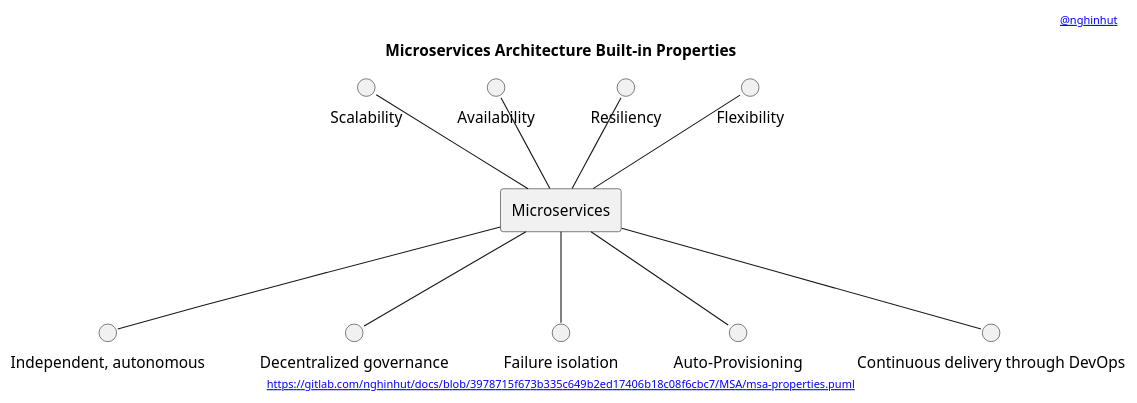
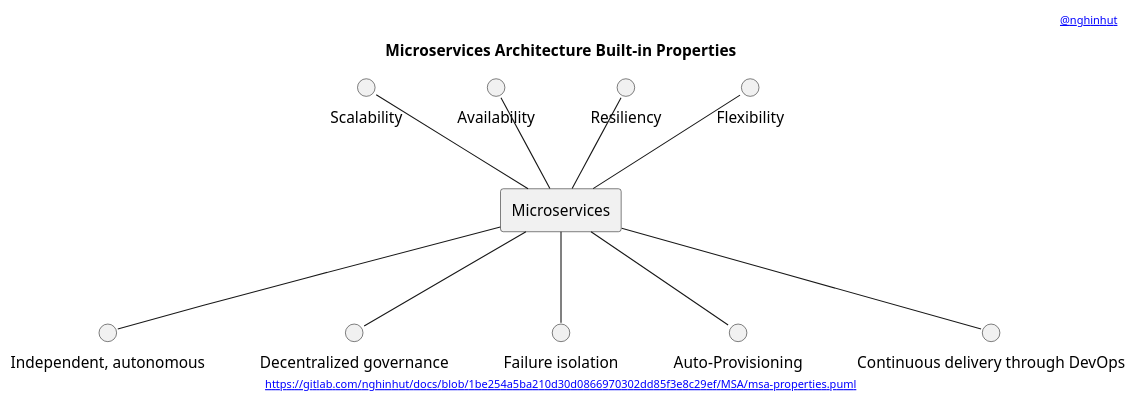
The diagram in MSA/msa-properties.puml (nghinhut/docs), drawn with PlantUML before and after one commit. The commit also changed 22 other files, not shown here.

Commit message:
Update diagrams

```diff
--- a/MSA/msa-properties.puml
+++ b/MSA/msa-properties.puml
@@ -1,31 +1,31 @@
 @startuml
 '-----START auto generated metadata please keep comment here to allow auto update-----
 '-----DON'T EDIT THIS SECTION, INSTEAD RE-RUN prebuild.sh TO UPDATE-----
-header [[https://www.nghinhut.dev?from=http%5C%3A%5C%2F%5C%2Fwww%5C.plantuml%5C.com%5C%2Fplantuml%5C%2Fproxy%3Ffmt%3Dsvg%5C%26src%3Dhttps%5C%3A%5C%2F%5C%2Fgitlab%5C.com%5C%2Fnghinhut%5C%2Fdocs%5C%2Fraw%5C%2F3978715f673b335c649b2ed17406b18c08f6cbc7%5C%2FMSA%5C%2Fmsa-properties%5C.puml%0A @nghinhut]]
-footer [[http://www.plantuml.com/plantuml/proxy?fmt=svg&src=https://gitlab.com/nghinhut/docs/raw/3978715f673b335c649b2ed17406b18c08f6cbc7/MSA/msa-properties.puml https://gitlab.com/nghinhut/docs/blob/3978715f673b335c649b2ed17406b18c08f6cbc7/MSA/msa-properties.puml]]
+header [[https://www.nghinhut.dev?from=http%5C%3A%5C%2F%5C%2Fwww%5C.plantuml%5C.com%5C%2Fplantuml%5C%2Fproxy%3Ffmt%3Dsvg%5C%26src%3Dhttps%5C%3A%5C%2F%5C%2Fgitlab%5C.com%5C%2Fnghinhut%5C%2Fdocs%5C%2Fraw%5C%2F1be254a5ba210d30d0866970302dd85f3e8c29ef%5C%2FMSA%5C%2Fmsa-properties%5C.puml%0A @nghinhut]]
+footer [[http://www.plantuml.com/plantuml/proxy?fmt=svg&src=https://gitlab.com/nghinhut/docs/raw/1be254a5ba210d30d0866970302dd85f3e8c29ef/MSA/msa-properties.puml https://gitlab.com/nghinhut/docs/blob/1be254a5ba210d30d0866970302dd85f3e8c29ef/MSA/msa-properties.puml]]
 '-----END auto generated metadata please keep comment here to allow auto update-----
 title Microservices Architecture Built-in Properties
 
 rectangle "Microservices" as msa
 
 circle "Scalability" as scalability
 circle "Availability" as availability
 circle "Resiliency" as resiliency
 circle "Flexibility" as flexibility
 circle "Independent, autonomous" as independent_autonomous
 circle "Decentralized governance" as decentralized_governance
 circle "Failure isolation" as failure_isolation
 circle "Auto-Provisioning" as auto_provisioning
 circle "Continuous delivery through DevOps" as cd
 
 scalability -- msa
 availability -- msa
 resiliency -- msa
 flexibility -- msa
 msa -- independent_autonomous
 msa -- decentralized_governance
 msa -- failure_isolation
 msa -- auto_provisioning
 msa -- cd
 
 @enduml
```
